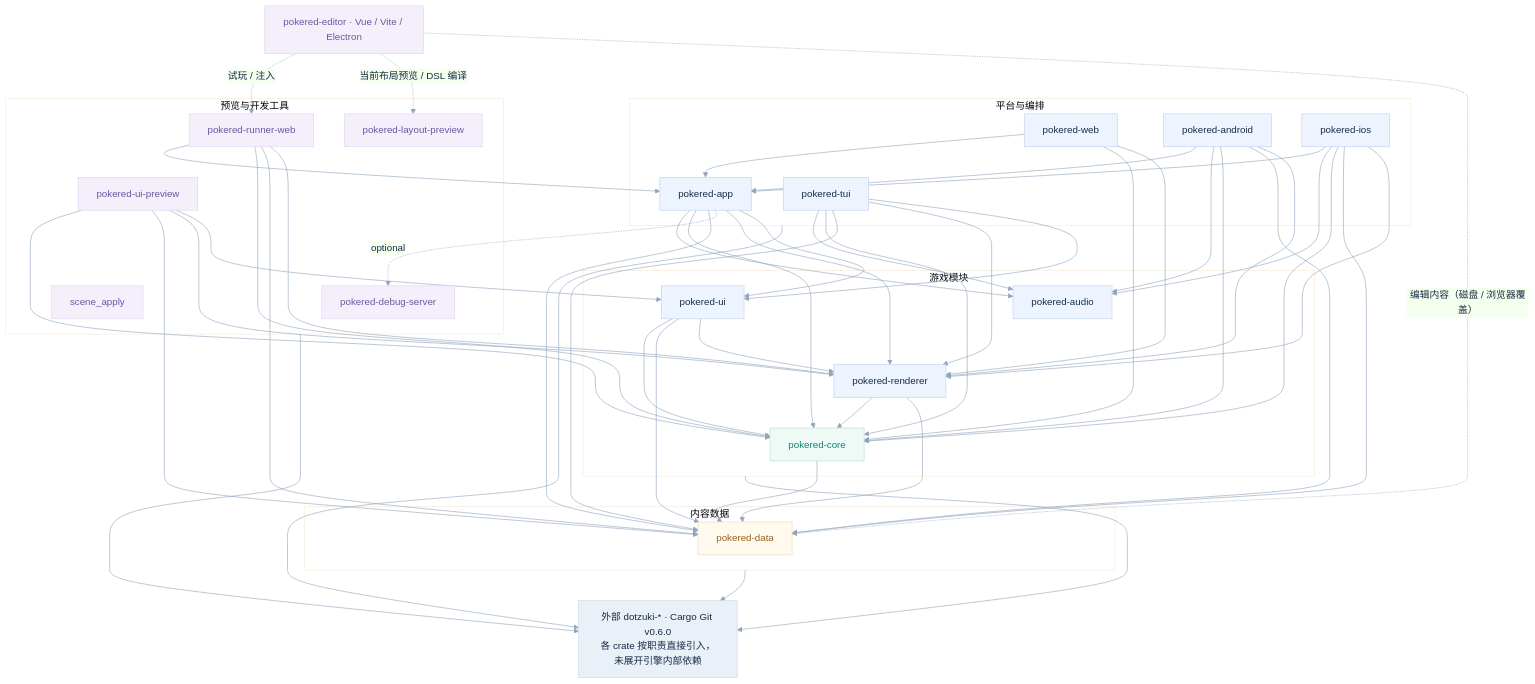
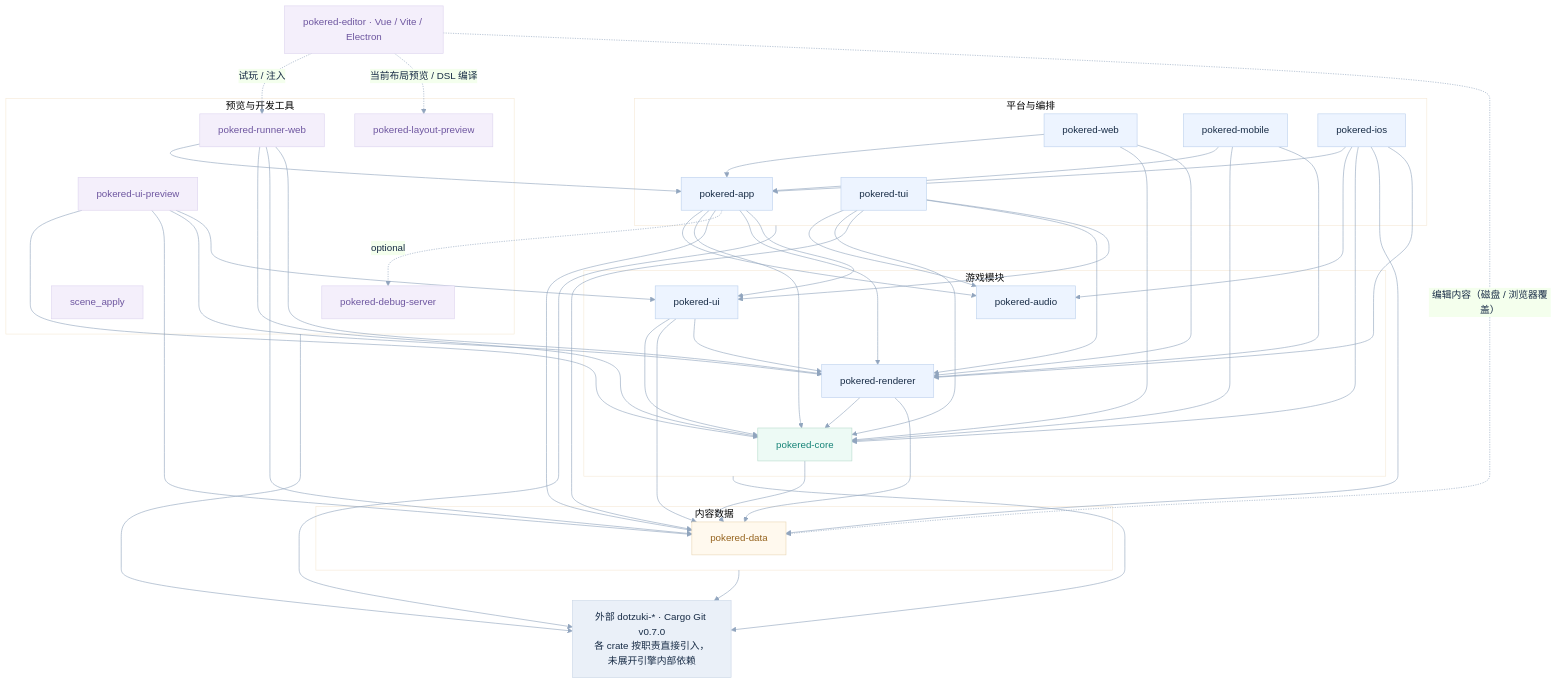
Before and after one commit to liuyanghejerry/open-pokered: the diagram in docs/diagrams/open-pokered-dependencies.mmd, drawn with Mermaid. The commit also changed 41 other files, not shown here.

Commit message:
feat(android): migrate to shared mobile host

```diff
--- a/docs/diagrams/open-pokered-dependencies.mmd
+++ b/docs/diagrams/open-pokered-dependencies.mmd
@@ -1,95 +1,93 @@
 ---
 config:
   theme: base
   themeVariables:
     primaryColor: "#EDF4FF"
     primaryBorderColor: "#BDD1ED"
     primaryTextColor: "#172B45"
     lineColor: "#91A5BE"
     fontFamily: "PingFang SC, Microsoft YaHei, sans-serif"
   flowchart:
     curve: basis
 ---
 flowchart TB
-%% Direct in-workspace normal Cargo dependencies at 746f7dd.
+%% Direct in-workspace normal Cargo dependencies for the v0.7.0 engine migration.
 %% Optional edges are dashed. No transitive/dev dependencies; external engine summarized.
   subgraph platform["平台与编排"]
     pokered_app["pokered-app"]
     pokered_web["pokered-web"]
-    pokered_android["pokered-android"]
+    pokered_mobile["pokered-mobile"]
     pokered_ios["pokered-ios"]
     pokered_tui["pokered-tui"]
   end
   subgraph preview["预览与开发工具"]
     pokered_runner_web["pokered-runner-web"]
     pokered_layout_preview["pokered-layout-preview"]
     pokered_ui_preview["pokered-ui-preview"]
     pokered_debug_server["pokered-debug-server"]
     scene_apply["scene_apply"]
   end
   subgraph services["游戏模块"]
     pokered_ui["pokered-ui"]
     pokered_renderer["pokered-renderer"]
     pokered_audio["pokered-audio"]
     pokered_core["pokered-core"]
   end
   subgraph content["内容数据"]
     pokered_data["pokered-data"]
   end
-  pokered_android --> pokered_app
-  pokered_android --> pokered_audio
-  pokered_android --> pokered_core
-  pokered_android --> pokered_data
-  pokered_android --> pokered_renderer
+  pokered_mobile --> pokered_app
+  pokered_mobile --> pokered_core
+  pokered_mobile --> pokered_renderer
   pokered_app --> pokered_audio
   pokered_app --> pokered_core
   pokered_app --> pokered_data
   pokered_app -. "optional" .-> pokered_debug_server
   pokered_app --> pokered_renderer
   pokered_app --> pokered_ui
   pokered_core --> pokered_data
   pokered_ios --> pokered_app
   pokered_ios --> pokered_audio
   pokered_ios --> pokered_core
   pokered_ios --> pokered_data
   pokered_ios --> pokered_renderer
   pokered_renderer --> pokered_core
   pokered_renderer --> pokered_data
   pokered_runner_web --> pokered_app
   pokered_runner_web --> pokered_core
   pokered_runner_web --> pokered_data
   pokered_runner_web --> pokered_renderer
   pokered_tui --> pokered_audio
   pokered_tui --> pokered_core
   pokered_tui --> pokered_data
   pokered_tui --> pokered_renderer
   pokered_tui --> pokered_ui
   pokered_ui --> pokered_core
   pokered_ui --> pokered_data
   pokered_ui --> pokered_renderer
   pokered_ui_preview --> pokered_core
   pokered_ui_preview --> pokered_data
   pokered_ui_preview --> pokered_renderer
   pokered_ui_preview --> pokered_ui
   pokered_web --> pokered_app
   pokered_web --> pokered_core
   pokered_web --> pokered_renderer
 
   editor["pokered-editor · Vue / Vite / Electron"]
-  dotzuki["外部 dotzuki-* · Cargo Git v0.6.0<br/>各 crate 按职责直接引入，未展开引擎内部依赖"]
+  dotzuki["外部 dotzuki-* · Cargo Git v0.7.0<br/>各 crate 按职责直接引入，未展开引擎内部依赖"]
   editor -. "试玩 / 注入" .-> pokered_runner_web
   editor -. "当前布局预览 / DSL 编译" .-> pokered_layout_preview
   editor -. "编辑内容（磁盘 / 浏览器覆盖）" .-> pokered_data
   platform --> dotzuki
   preview --> dotzuki
   services --> dotzuki
   content --> dotzuki
 
   classDef game fill:#EDFAF5,stroke:#B9DCCD,color:#148276
   classDef tooling fill:#F4EFFB,stroke:#DDD4EF,color:#6D559F
   classDef data fill:#FFF9EE,stroke:#E9D7B6,color:#95631D
   classDef external fill:#EAF0F8,stroke:#CAD6E6,color:#172B45
   class pokered_core game
   class pokered_runner_web,pokered_layout_preview,pokered_ui_preview,pokered_debug_server,scene_apply,editor tooling
   class pokered_data data
   class dotzuki external
```
